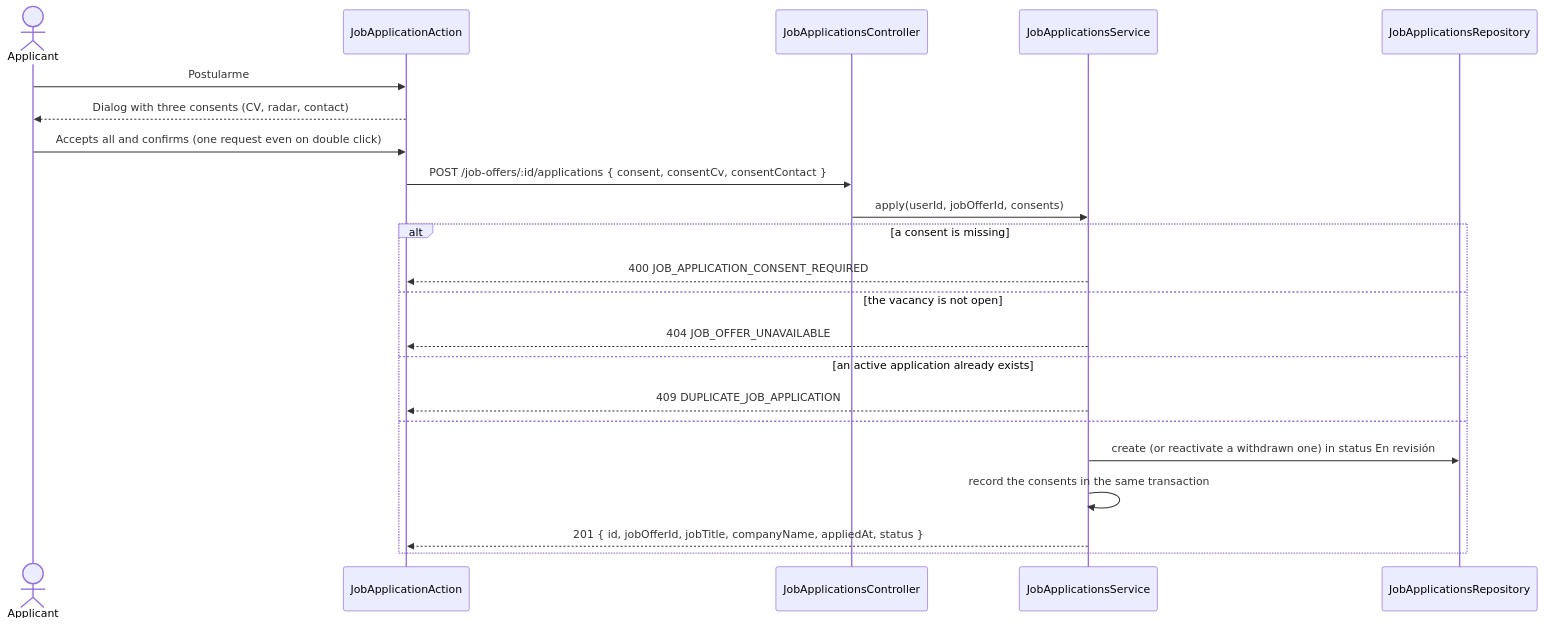
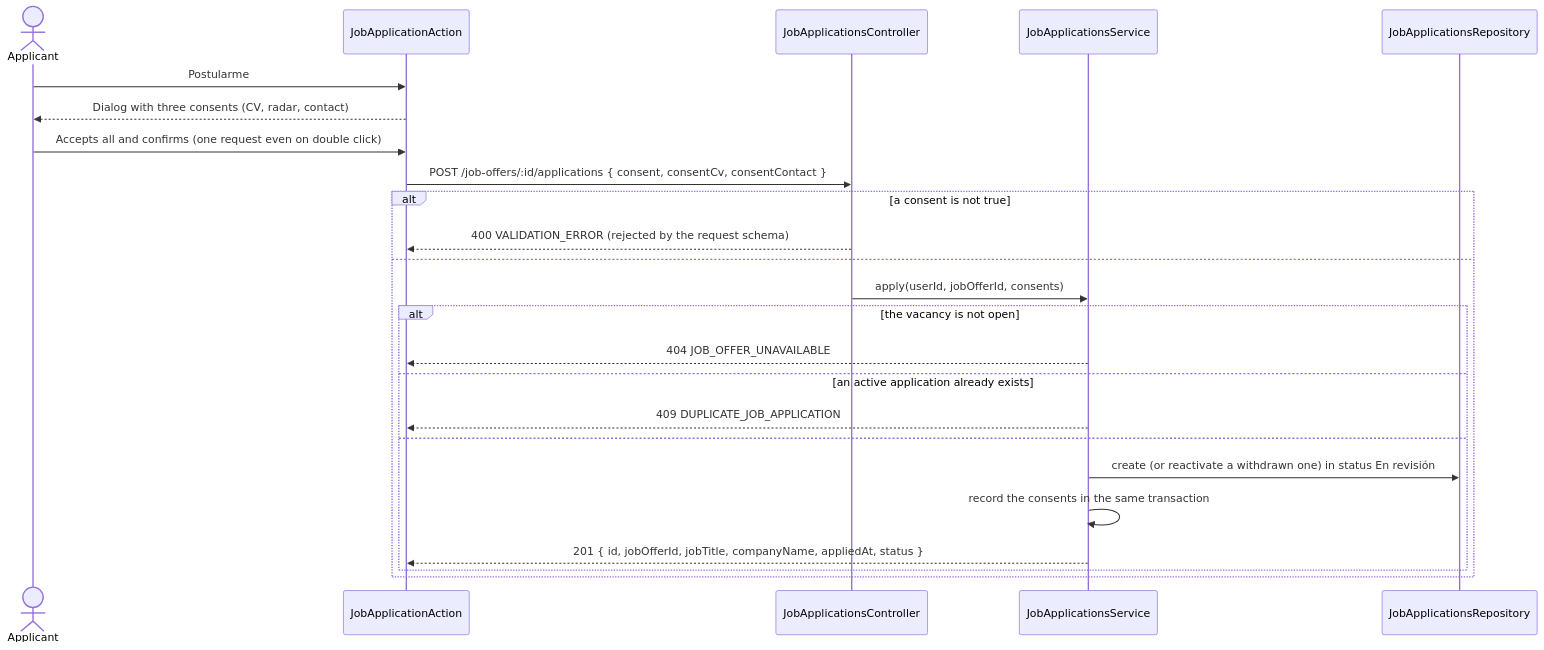
One commit to UMSSY/umssy-app changed the fourth of 5 diagrams in docs/matching/README.md. Above: the diagram before and after it, drawn with Mermaid. The commit also changed other lines of this file and 28 other files, not shown here.

````diff
--- a/docs/matching/README.md
+++ b/docs/matching/README.md
@@ -97,24 +97,26 @@
 ```mermaid
 sequenceDiagram
   actor U as Applicant
   participant F as JobApplicationAction
   participant A as JobApplicationsController
   participant S as JobApplicationsService
   participant R as JobApplicationsRepository
   U->>F: Postularme
   F-->>U: Dialog with three consents (CV, radar, contact)
   U->>F: Accepts all and confirms (one request even on double click)
   F->>A: POST /job-offers/:id/applications { consent, consentCv, consentContact }
-  A->>S: apply(userId, jobOfferId, consents)
-  alt a consent is missing
-    S-->>F: 400 JOB_APPLICATION_CONSENT_REQUIRED
-  else the vacancy is not open
-    S-->>F: 404 JOB_OFFER_UNAVAILABLE
-  else an active application already exists
-    S-->>F: 409 DUPLICATE_JOB_APPLICATION
+  alt a consent is not true
+    A-->>F: 400 VALIDATION_ERROR (rejected by the request schema)
   else
-    S->>R: create (or reactivate a withdrawn one) in status En revisión
-    S->>S: record the consents in the same transaction
-    S-->>F: 201 { id, jobOfferId, jobTitle, companyName, appliedAt, status }
+    A->>S: apply(userId, jobOfferId, consents)
+    alt the vacancy is not open
+      S-->>F: 404 JOB_OFFER_UNAVAILABLE
+    else an active application already exists
+      S-->>F: 409 DUPLICATE_JOB_APPLICATION
+    else
+      S->>R: create (or reactivate a withdrawn one) in status En revisión
+      S->>S: record the consents in the same transaction
+      S-->>F: 201 { id, jobOfferId, jobTitle, companyName, appliedAt, status }
+    end
   end
 ```
````
